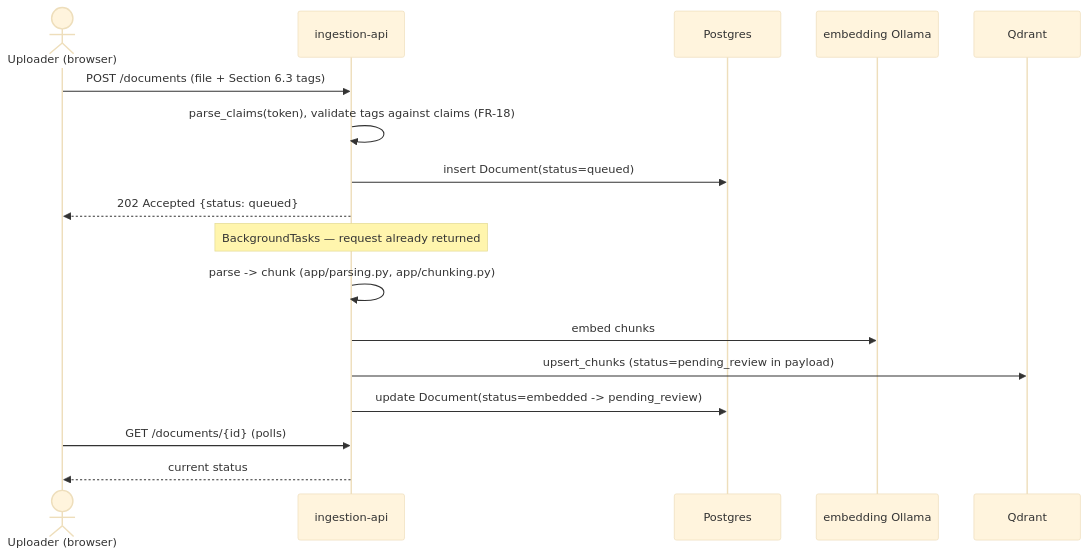
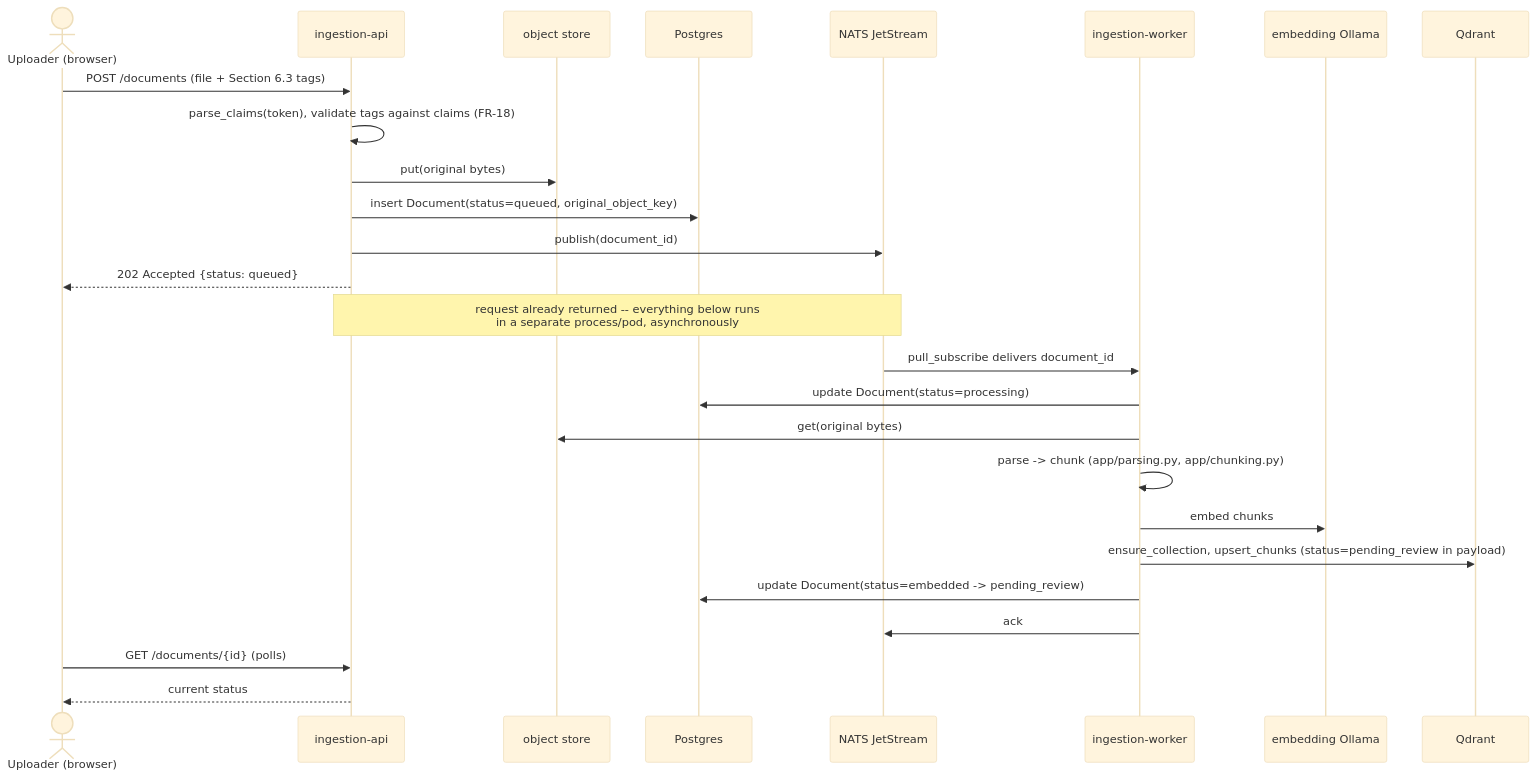
Before and after one commit to schuecl/nexus-rag: the third of 8 diagrams in ARCHITECTURE.md, drawn with Mermaid (base theme). The commit also changed other lines of this file and 1 other file, not shown here.

````diff
--- a/ARCHITECTURE.md
+++ b/ARCHITECTURE.md
@@ -116,20 +132,29 @@
 ```mermaid
 sequenceDiagram
     actor U as Uploader (browser)
     participant I as ingestion-api
+    participant OS as object store
     participant PG as Postgres
+    participant N as NATS JetStream
+    participant W as ingestion-worker
     participant O as embedding Ollama
     participant Q as Qdrant
 
     U->>I: POST /documents (file + Section 6.3 tags)
     I->>I: parse_claims(token), validate tags against claims (FR-18)
-    I->>PG: insert Document(status=queued)
+    I->>OS: put(original bytes)
+    I->>PG: insert Document(status=queued, original_object_key)
+    I->>N: publish(document_id)
     I-->>U: 202 Accepted {status: queued}
-    Note over I: BackgroundTasks — request already returned
-    I->>I: parse -> chunk (app/parsing.py, app/chunking.py)
-    I->>O: embed chunks
-    I->>Q: upsert_chunks (status=pending_review in payload)
-    I->>PG: update Document(status=embedded -> pending_review)
+    Note over I,N: request already returned -- everything below runs<br/>in a separate process/pod, asynchronously
+    N->>W: pull_subscribe delivers document_id
+    W->>PG: update Document(status=processing)
+    W->>OS: get(original bytes)
+    W->>W: parse -> chunk (app/parsing.py, app/chunking.py)
+    W->>O: embed chunks
+    W->>Q: ensure_collection, upsert_chunks (status=pending_review in payload)
+    W->>PG: update Document(status=embedded -> pending_review)
+    W->>N: ack
     U->>I: GET /documents/{id} (polls)
     I-->>U: current status
 ```
````
